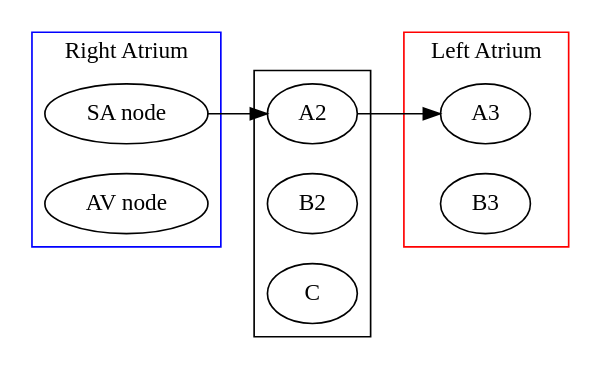
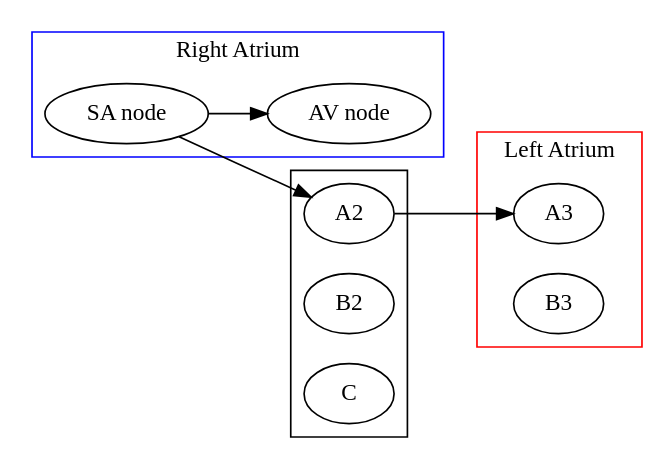
One commit to meirisoda/school_spring2024 changed the second of 2 diagrams in NURS380_Practicum/Topics/EKG/EKG and Rhythms.md. Above: the diagram before and after it, drawn with Graphviz.

Commit message:
vault backup: 2024-02-19 17:52:27

````diff
--- a/NURS380_Practicum/Topics/EKG/EKG and Rhythms.md
+++ b/NURS380_Practicum/Topics/EKG/EKG and Rhythms.md
@@ -209,35 +209,40 @@
 ```dot
 digraph g{
 	rankdir = LR;
 	node [shape = ellipse]
 	
 	A->A2->A3;
 
 	subgraph cluster0{
 		shape=rect;
 		rank=same;
+		rankdir=TB;
 		color=blue;
+		label="Right Atrium";
+		
 		A [label="SA node"];
 		B [label="AV node"];
-		label="Right Atrium";
+
+		A -> B
 	}
 	
 	subgraph cluster1{
 		shape = rect;
 		rank=same;
 		A2;
 		B2;
 		C;
 	}
 
 	subgraph cluster2 {
 		shape=rect;
 		rank=same;
 		color=red;
+		label="Left Atrium";
+		
 		A3;
 		B3;
-		label="Left Atrium";
 	}
 	
 }
 ```
````
